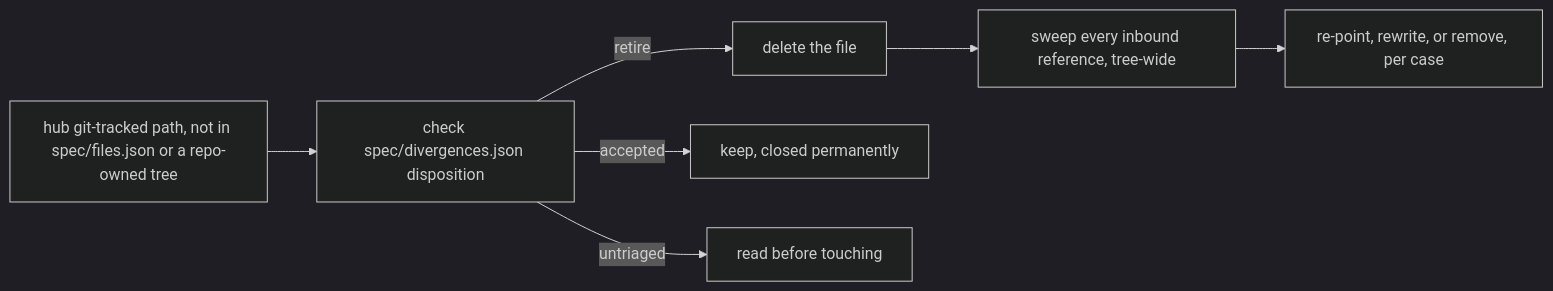
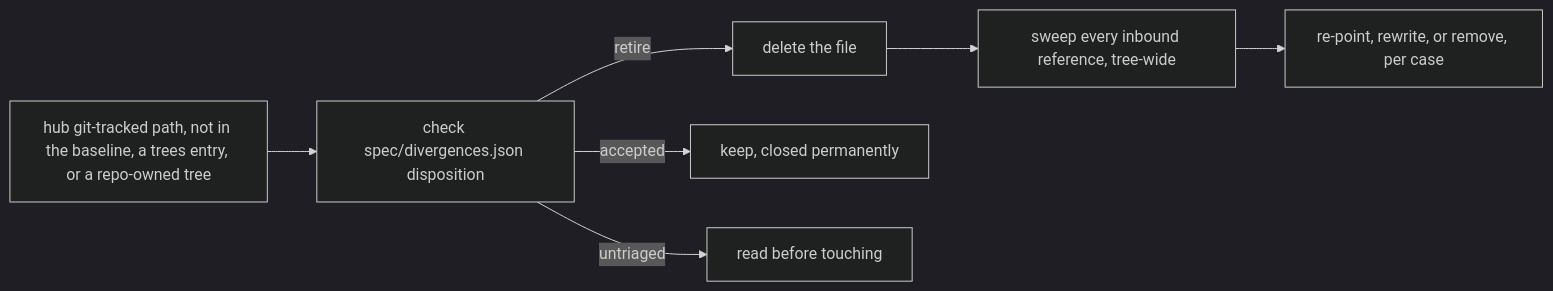
One commit to ptr727/ProjectTemplate changed the second of 2 diagrams in RESYNC.md. Above: the diagram before and after it, drawn with Mermaid (dark theme). The commit also changed other lines of this file and 2 other files, not shown here.

First paragraph of the commit message:
Name the Carried Trees Exclusion Wherever the Hub-Only Set Is Defined (#3547)
## Summary

````diff
--- a/RESYNC.md
+++ b/RESYNC.md
@@ -94,9 +94,9 @@
 ```mermaid
 flowchart LR
-  candidate["hub git-tracked path, not in spec/files.json or a repo-owned tree"] --> disp["check spec/divergences.json disposition"]
+  candidate["hub git-tracked path, not in the baseline, a trees entry, or a repo-owned tree"] --> disp["check spec/divergences.json disposition"]
   disp -->|"retire"| delete["delete the file"]
   disp -->|"accepted"| keep["keep, closed permanently"]
   disp -->|"untriaged"| read["read before touching"]
   delete --> sweep["sweep every inbound reference, tree-wide"]
   sweep --> fix["re-point, rewrite, or remove, per case"]
 ```
````
